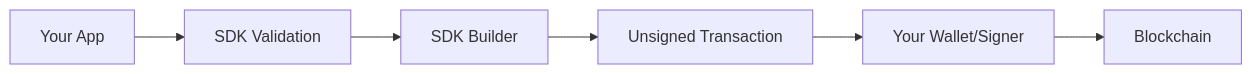
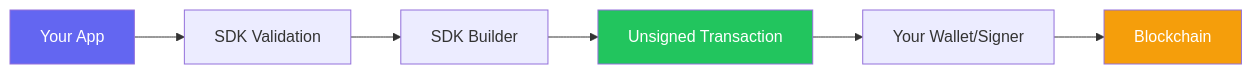
One commit to Near-One/bridge-sdk-js changed the diagram in docs/concepts/architecture.mdx. Above: the diagram before and after it, drawn with Mermaid. The commit also changed other lines of this file and 6 other files, not shown here.

Commit message:
docs: add icons, mermaid diagrams, tree, badges, and tooltips

````diff
--- a/docs/concepts/architecture.mdx
+++ b/docs/concepts/architecture.mdx
@@ -12,8 +12,12 @@
 ```mermaid
 flowchart LR
     A[Your App] --> B[SDK Validation]
     B --> C[SDK Builder]
     C --> D[Unsigned Transaction]
     D --> E[Your Wallet/Signer]
     E --> F[Blockchain]
+    
+    style A fill:#6366F1,color:#fff
+    style D fill:#22C55E,color:#fff
+    style F fill:#F59E0B,color:#fff
 ```
````
